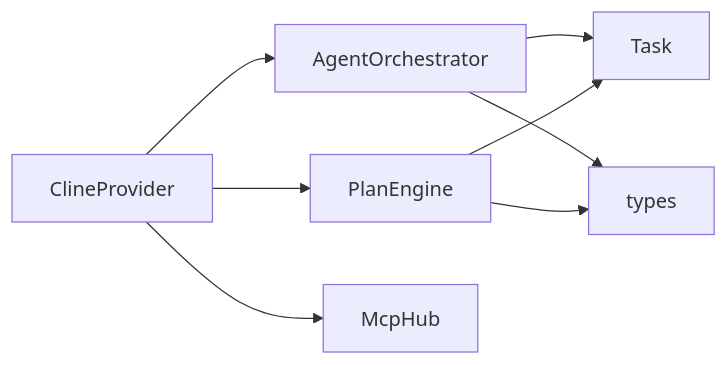
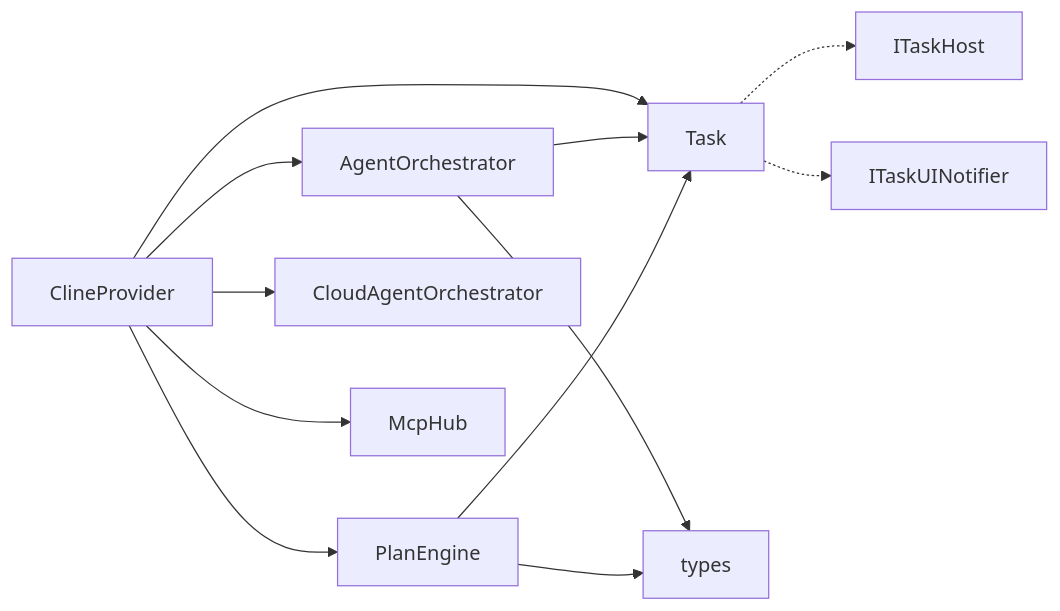
Before and after one commit to JunjieChen0/NJUST: diagram 12 of 12 in .qoder/repowiki/zh/content/架构设计/任务处理架构/代理编排系统.md, drawn with Mermaid. The commit also changed other lines of this file and 37 other files, not shown here.

````diff
--- a/.qoder/repowiki/zh/content/架构设计/任务处理架构/代理编排系统.md
+++ b/.qoder/repowiki/zh/content/架构设计/任务处理架构/代理编排系统.md
@@ -375,10 +521,14 @@
 ```mermaid
 graph LR
 CP["ClineProvider"] --> AO["AgentOrchestrator"]
 CP --> PE["PlanEngine"]
-AO --> TP["Task"]
+CP --> TP["Task"]
+CP --> CAO["CloudAgentOrchestrator"]
+TP -.-> ITH["ITaskHost"]
+TP -.-> ITU["ITaskUINotifier"]
+AO --> TP
 PE --> TP
 CP --> MH["McpHub"]
 AO --> TY["types"]
 PE --> TY
 ```
````
